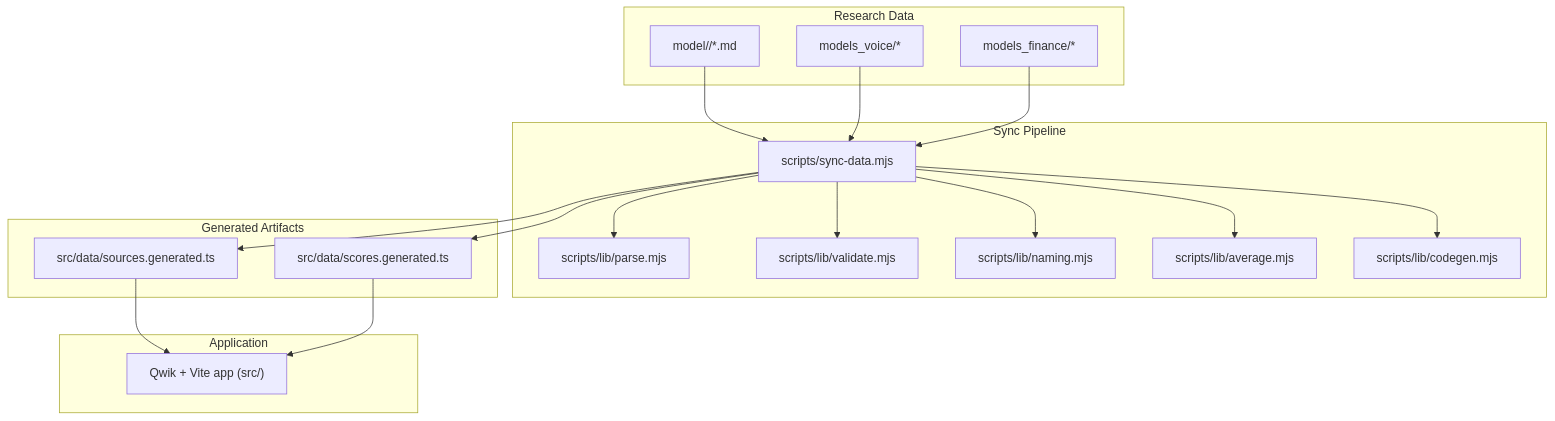
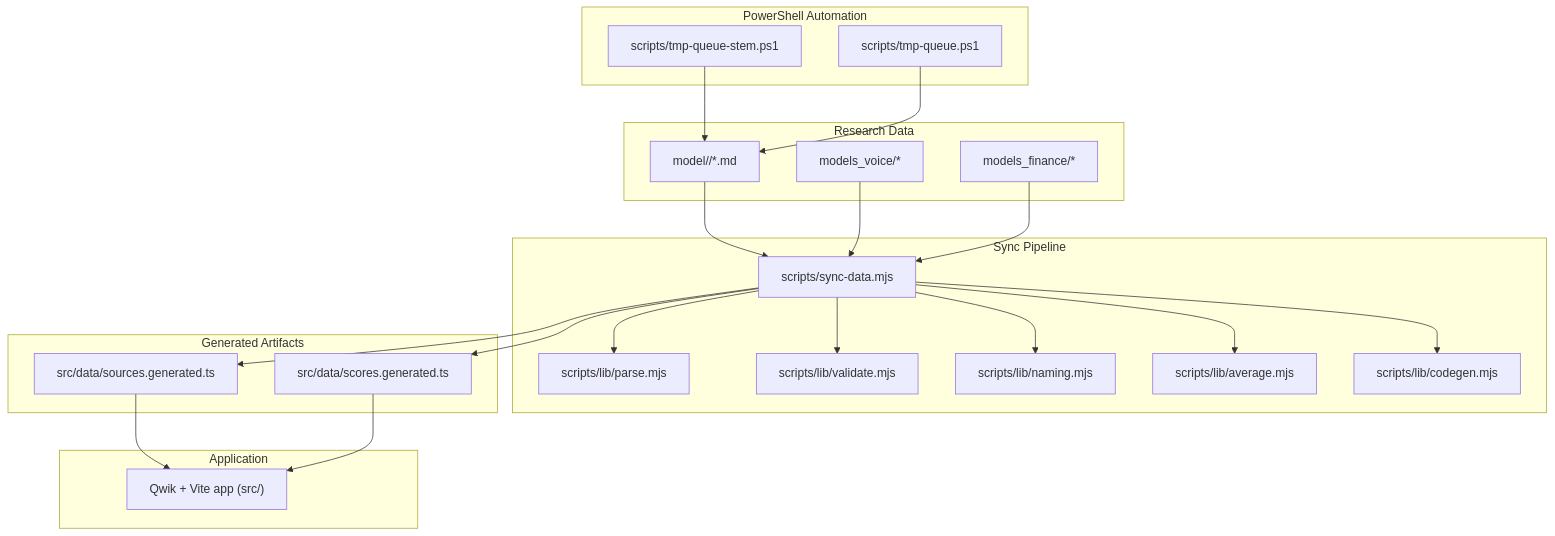
Before and after one commit to delirium-dj/modelcomp: the first of 10 diagrams in .qoder/repowiki/en/content/Build & Development Pipeline/Build & Development Pipeline.md, drawn with Mermaid. The commit also changed other lines of this file and 188 other files, not shown here.

````diff
--- a/.qoder/repowiki/en/content/Build & Development Pipeline/Build & Development Pipeline.md
+++ b/.qoder/repowiki/en/content/Build & Development Pipeline/Build & Development Pipeline.md
@@ -43,35 +55,41 @@
 ```mermaid
 graph TB
 subgraph "Research Data"
 M["model/<slug>/*.md"]
 MV["models_voice/*"]
 MF["models_finance/*"]
 end
 subgraph "Sync Pipeline"
 SYNC["scripts/sync-data.mjs"]
 P["scripts/lib/parse.mjs"]
 V["scripts/lib/validate.mjs"]
 N["scripts/lib/naming.mjs"]
 A["scripts/lib/average.mjs"]
 C["scripts/lib/codegen.mjs"]
+end
+subgraph "PowerShell Automation"
+PS1["scripts/tmp-queue-stem.ps1"]
+PS2["scripts/tmp-queue.ps1"]
 end
 subgraph "Generated Artifacts"
 SGEN["src/data/sources.generated.ts"]
 DGEN["src/data/scores.generated.ts"]
 end
 subgraph "Application"
 APP["Qwik + Vite app (src/)"]
 end
 M --> SYNC
 MV --> SYNC
 MF --> SYNC
 SYNC --> P
 SYNC --> V
 SYNC --> N
 SYNC --> A
 SYNC --> C
 SYNC --> SGEN
 SYNC --> DGEN
+PS1 --> M
+PS2 --> M
 SGEN --> APP
 DGEN --> APP
 ```
````
